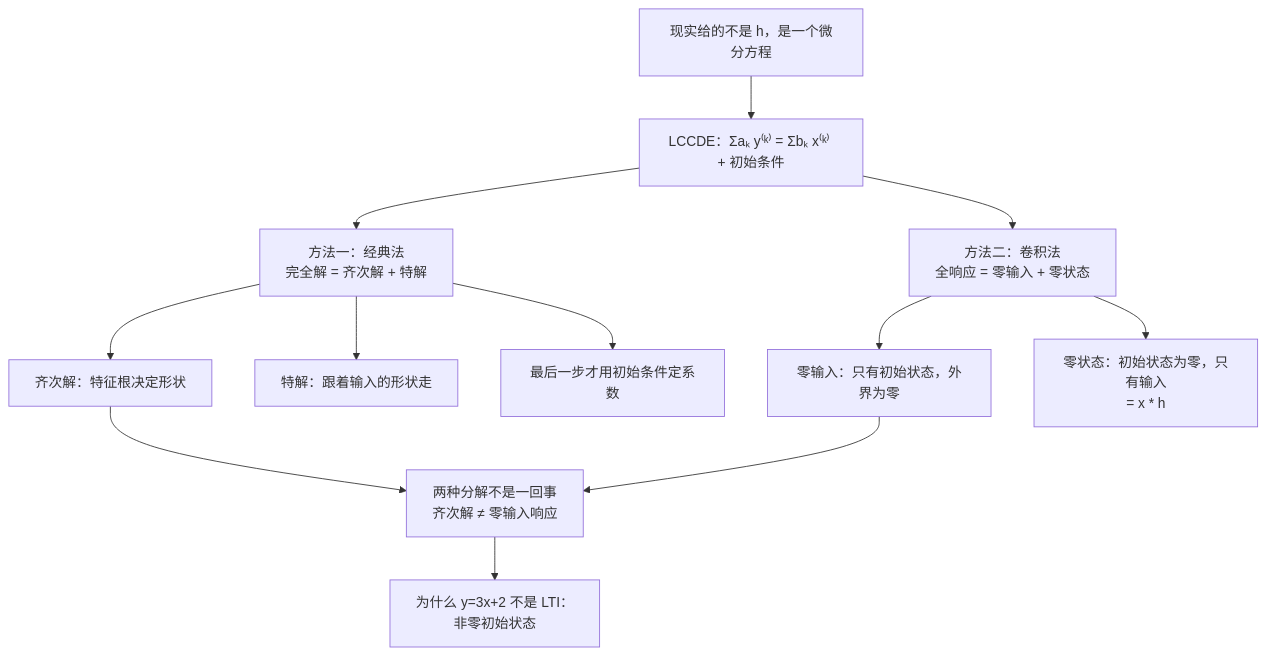
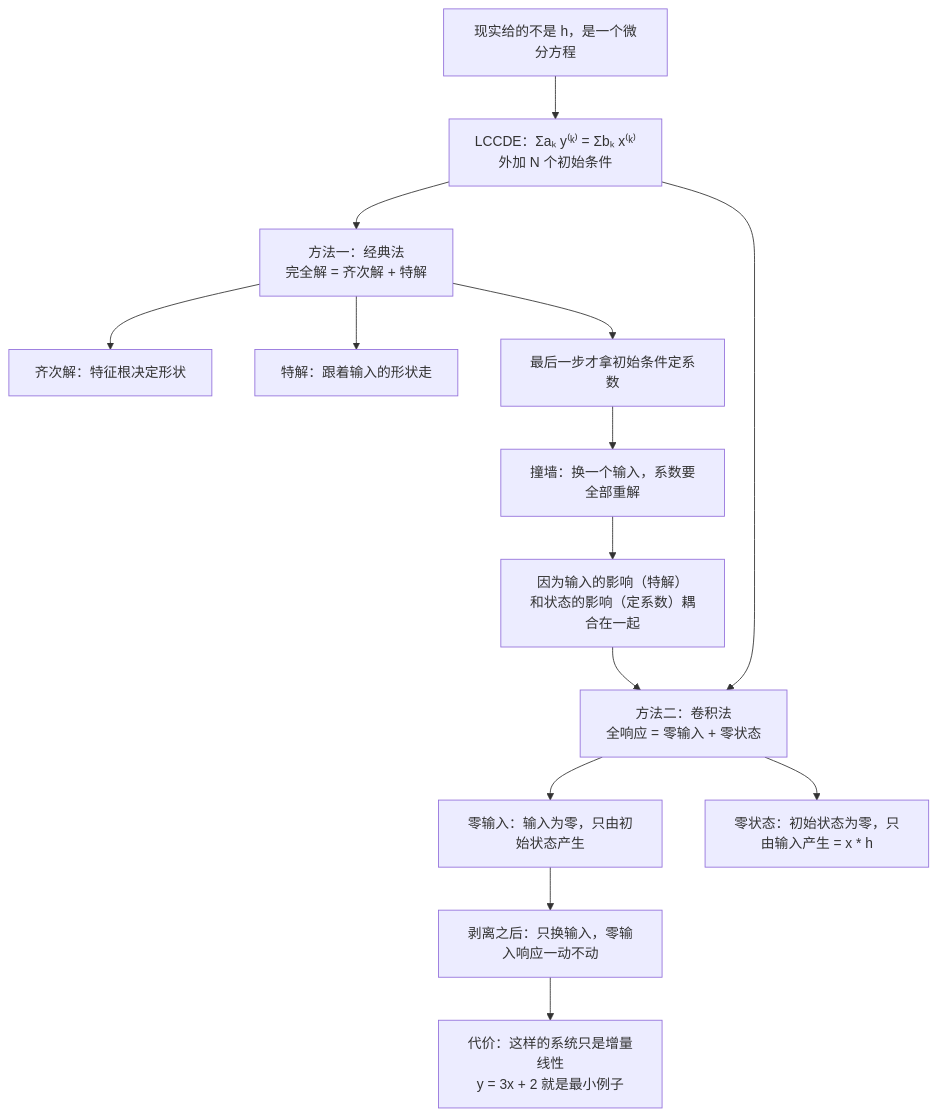
One commit to KayeAdams515/ClaudeNotes changed the first of 3 diagrams in 信号与系统/C2.4 微分方程与连续时间系统求解.md. Above: the diagram before and after it, drawn with Mermaid. The commit also changed other lines of this file and 23 other files, not shown here.

````diff
--- a/信号与系统/C2.4 微分方程与连续时间系统求解.md
+++ b/信号与系统/C2.4 微分方程与连续时间系统求解.md
@@ -36,14 +39,16 @@
 ```mermaid
 flowchart TD
-    A["现实给的不是 h，是一个微分方程"] --> B["LCCDE：Σaₖ y⁽ᵏ⁾ = Σbₖ x⁽ᵏ⁾ + 初始条件"]
+    A["现实给的不是 h，是一个微分方程"] --> B["LCCDE：Σaₖ y⁽ᵏ⁾ = Σbₖ x⁽ᵏ⁾<br/>外加 N 个初始条件"]
     B --> C["方法一：经典法<br/>完全解 = 齐次解 + 特解"]
     B --> D["方法二：卷积法<br/>全响应 = 零输入 + 零状态"]
     C --> C1["齐次解：特征根决定形状"]
     C --> C2["特解：跟着输入的形状走"]
-    C --> C3["最后一步才用初始条件定系数"]
-    D --> D1["零输入：只有初始状态，外界为零"]
-    D --> D2["零状态：初始状态为零，只有输入<br/>= x * h"]
-    C1 --> E["两种分解不是一回事<br/>齐次解 ≠ 零输入响应"]
-    D1 --> E
-    E --> F["为什么 y=3x+2 不是 LTI：<br/>非零初始状态"]
+    C --> C3["最后一步才拿初始条件定系数"]
+    C3 --> E["撞墙：换一个输入，系数要全部重解"]
+    E --> F["因为输入的影响（特解）<br/>和状态的影响（定系数）耦合在一起"]
+    F --> D
+    D --> D1["零输入：输入为零，只由初始状态产生"]
+    D --> D2["零状态：初始状态为零，只由输入产生 = x * h"]
+    D1 --> G["剥离之后：只换输入，零输入响应一动不动"]
+    G --> H["代价：这样的系统只是增量线性<br/>y = 3x + 2 就是最小例子"]
 ```
````
